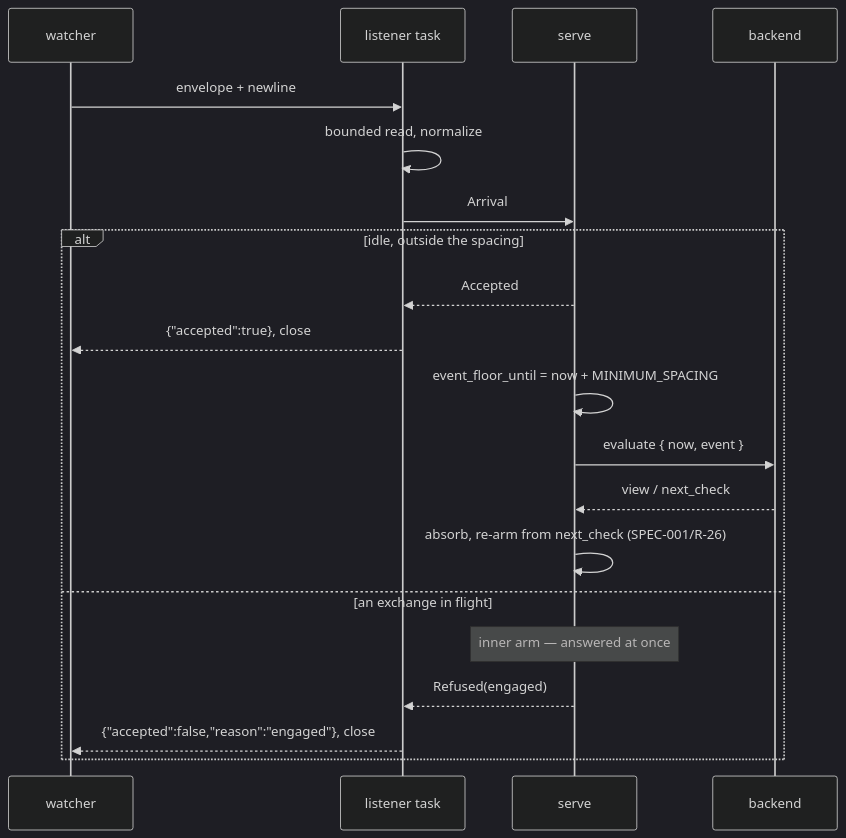
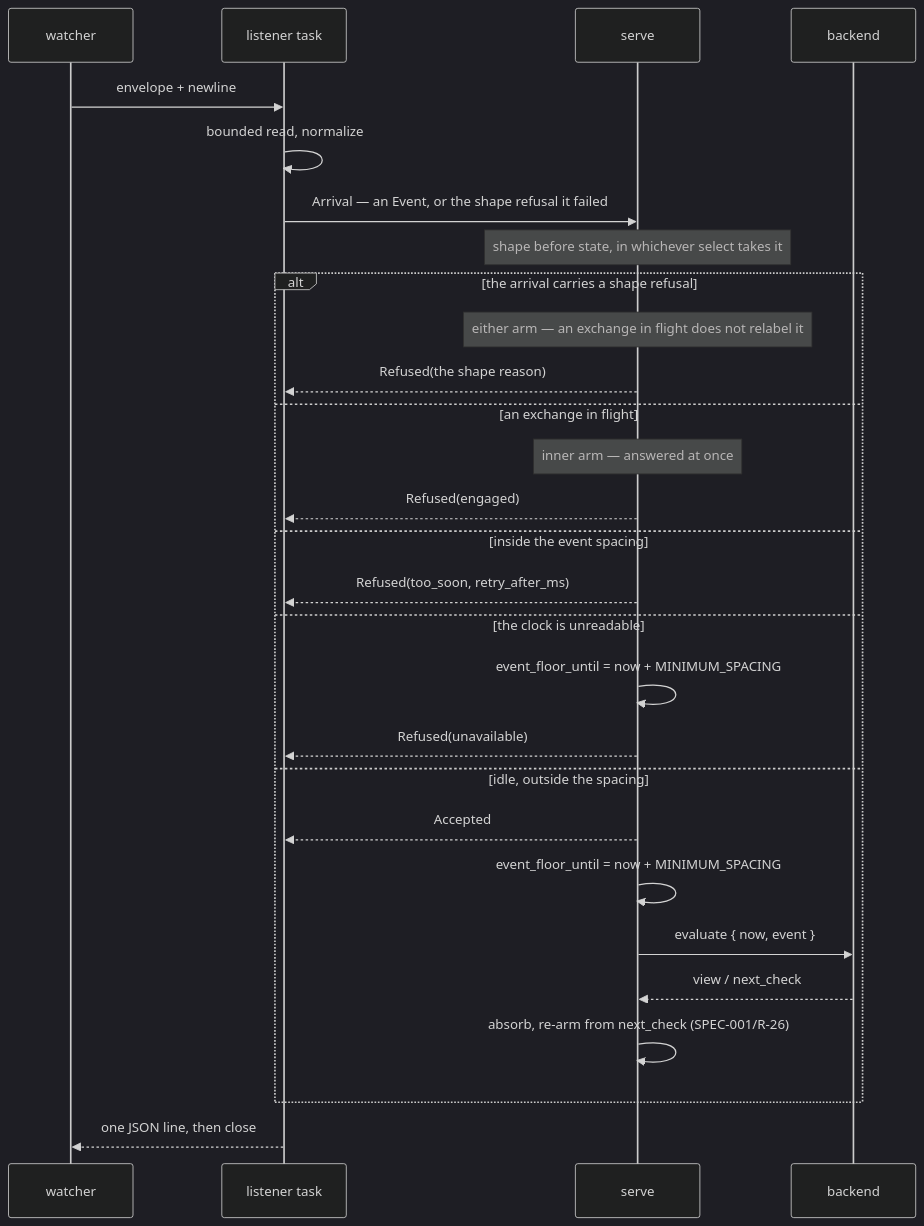
Before and after one commit to davidlee/goad: the second of 2 diagrams in docs/slices/004/design.md, drawn with Mermaid (dark theme). The commit also changed other lines of this file and 6 other files, not shown here.

````diff
--- a/docs/slices/004/design.md
+++ b/docs/slices/004/design.md
@@ -396,23 +439,31 @@
 ```mermaid
 sequenceDiagram
   participant W as watcher
   participant L as listener task
   participant S as serve
   participant B as backend
 
   W->>L: envelope + newline
   L->>L: bounded read, normalize
-  L->>S: Arrival
-  alt idle, outside the spacing
+  L->>S: Arrival — an Event, or the shape refusal it failed
+  Note over S: shape before state, in whichever select takes it
+  alt the arrival carries a shape refusal
+    Note over S: either arm — an exchange in flight does not relabel it
+    S-->>L: Refused(the shape reason)
+  else an exchange in flight
+    Note over S: inner arm — answered at once
+    S-->>L: Refused(engaged)
+  else inside the event spacing
+    S-->>L: Refused(too_soon, retry_after_ms)
+  else the clock is unreadable
+    S->>S: event_floor_until = now + MINIMUM_SPACING
+    S-->>L: Refused(unavailable)
+  else idle, outside the spacing
     S-->>L: Accepted
-    L-->>W: {"accepted":true}, close
     S->>S: event_floor_until = now + MINIMUM_SPACING
     S->>B: evaluate { now, event }
     B-->>S: view / next_check
     S->>S: absorb, re-arm from next_check (SPEC-001/R-26)
-  else an exchange in flight
-    Note over S: inner arm — answered at once
-    S-->>L: Refused(engaged)
-    L-->>W: {"accepted":false,"reason":"engaged"}, close
   end
+  L-->>W: one JSON line, then close
 ```
````
